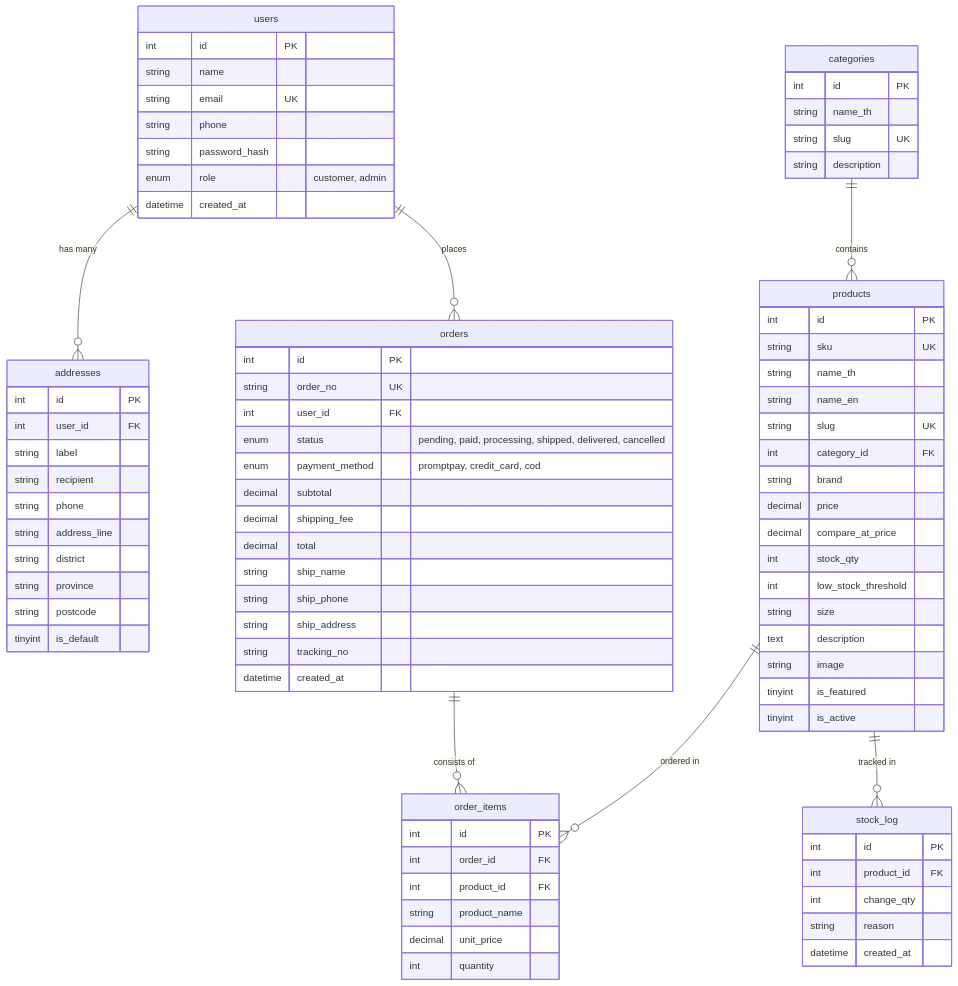
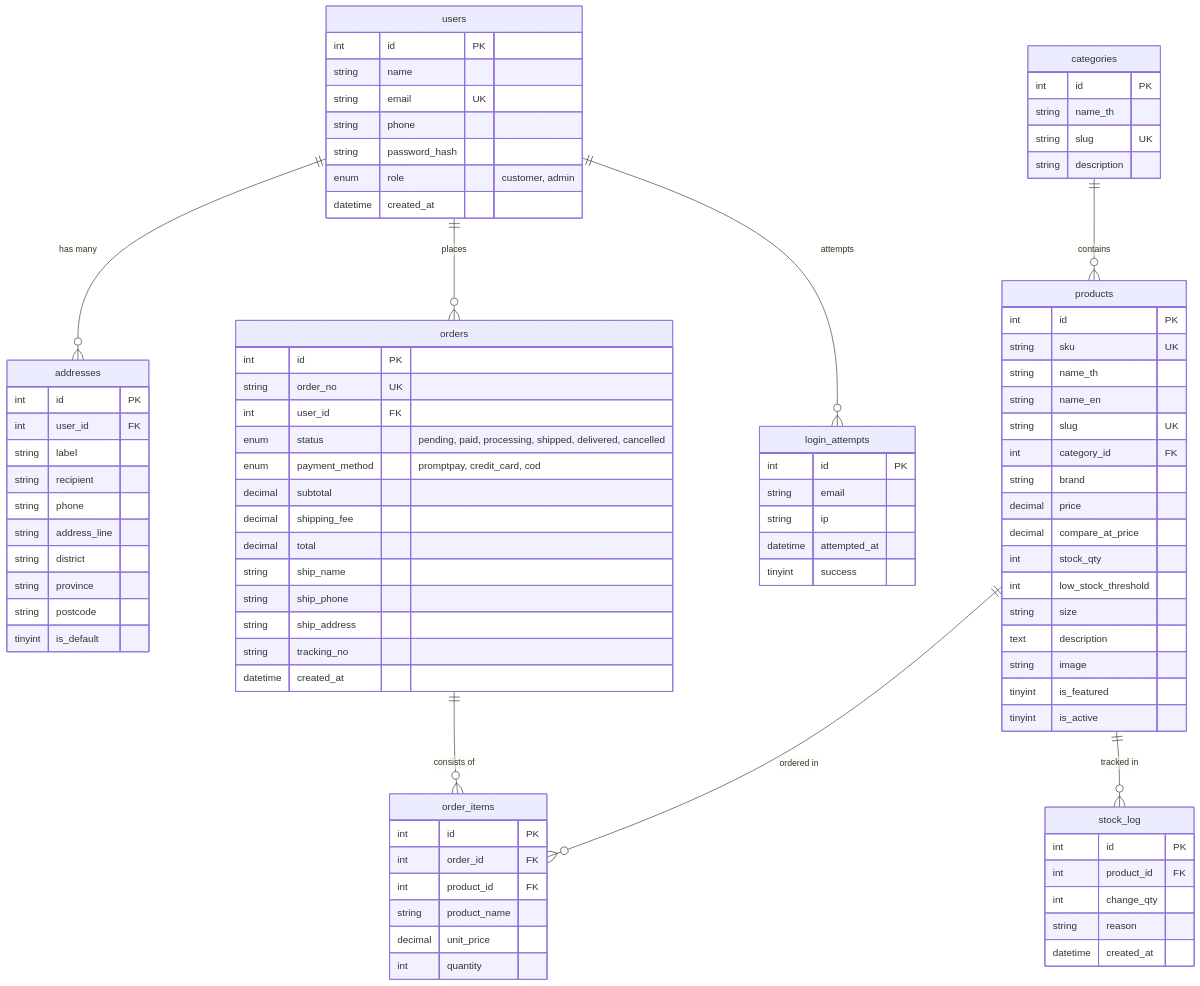
Before and after one commit to 67160244-jpg/E-Commerce: the second of 2 diagrams in README.md, drawn with Mermaid. The commit also changed other lines of this file and 59 other files, not shown here.

````diff
--- a/README.md
+++ b/README.md
@@ -283,6 +349,7 @@
 erDiagram
     users ||--o{ addresses : "has many"
     users ||--o{ orders : "places"
+    users ||--o{ login_attempts : "attempts"
     categories ||--o{ products : "contains"
     products ||--o{ order_items : "ordered in"
     products ||--o{ stock_log : "tracked in"
@@ -369,4 +436,12 @@
         string reason
         datetime created_at
     }
+
+    login_attempts {
+        int id PK
+        string email
+        string ip
+        datetime attempted_at
+        tinyint success
+    }
 ```
````
